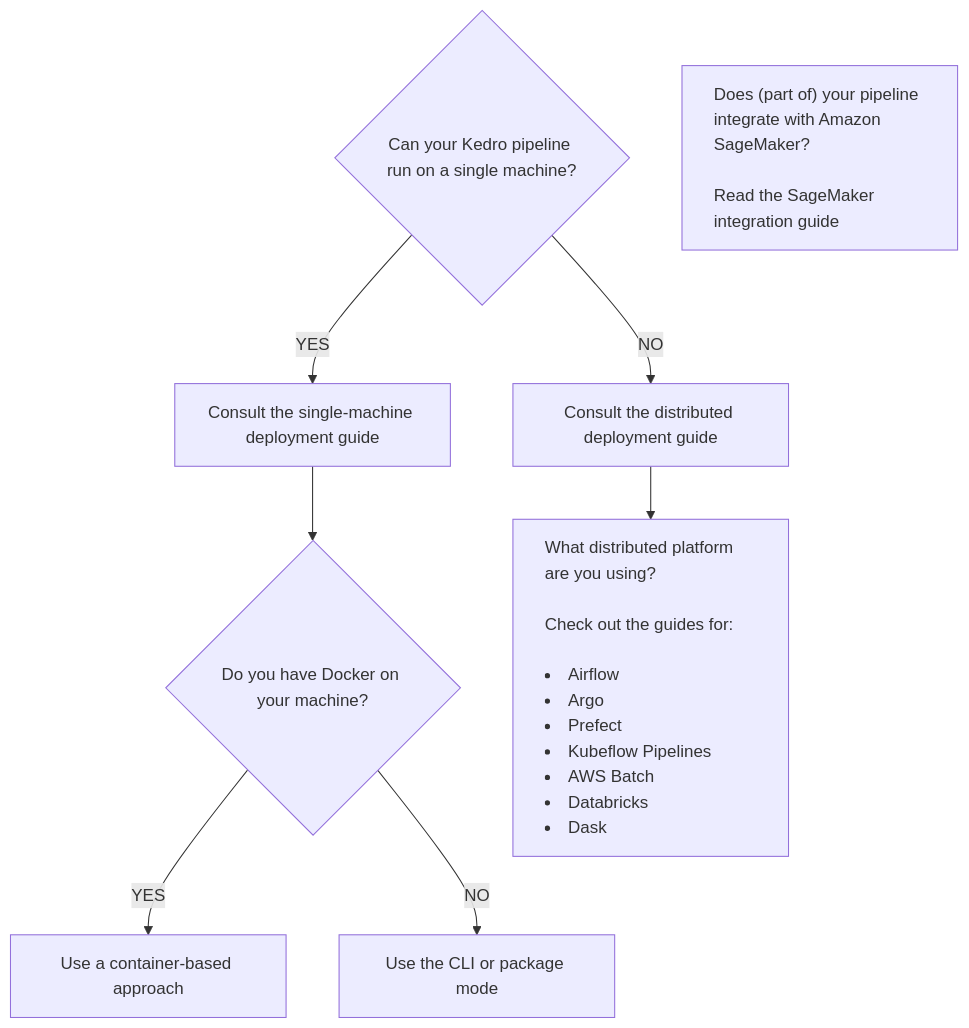
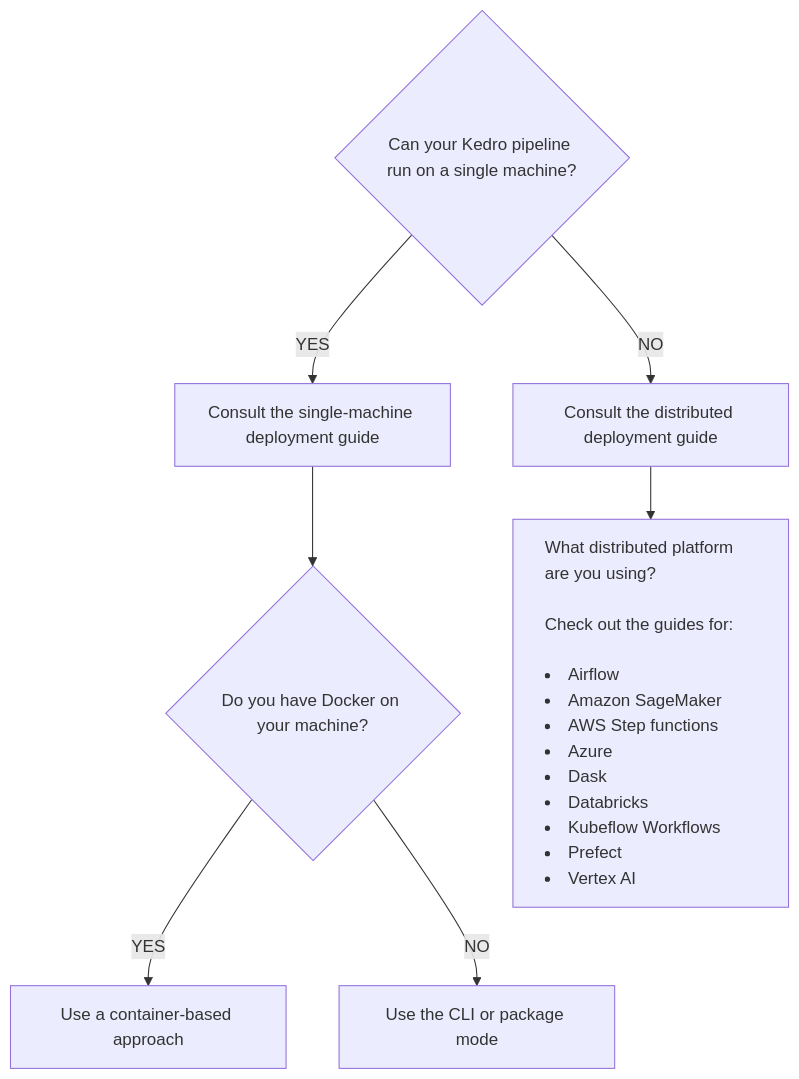
One commit to kedro-org/kedro changed the diagram in docs/source/deployment/index.md. Above: the diagram before and after it, drawn with Mermaid. The commit also changed other lines of this file and 19 other files, not shown here.

````diff
--- a/docs/source/deployment/index.md
+++ b/docs/source/deployment/index.md
@@ -24,12 +13,12 @@
 ```{mermaid}
+:alt: mermaid-Decision making diagram for deploying Kedro projects
+
 flowchart TD
     A{Can your Kedro pipeline run on a single machine?} -- YES --> B[Consult the single-machine deployment guide];
     B --> C{Do you have Docker on your machine?};
     C -- YES --> D[Use a container-based approach];
     C -- NO --> E[Use the CLI or package mode];
     A -- NO --> F[Consult the distributed deployment guide];
-    F --> G["What distributed platform are you using?<br/><br/>Check out the guides for:<br/><br/><li>Airflow</li><li>Argo</li><li>Prefect</li><li>Kubeflow Pipelines</li><li>AWS Batch</li><li>Databricks</li><li>Dask</li>"];
+    F --> G["What distributed platform are you using?<br/><br/>Check out the guides for:<br/><br/><li>Airflow</li><li>Amazon SageMaker</li><li>AWS Step functions</li><li>Azure</li><li>Dask</li><li>Databricks</li><li>Kubeflow Workflows</li><li>Prefect</li><li>Vertex AI</li>"];
     style G text-align:left
-    H["Does (part of) your pipeline integrate with Amazon SageMaker?<br/><br/>Read the SageMaker integration guide"];
-    style H text-align:left
 ```
````
